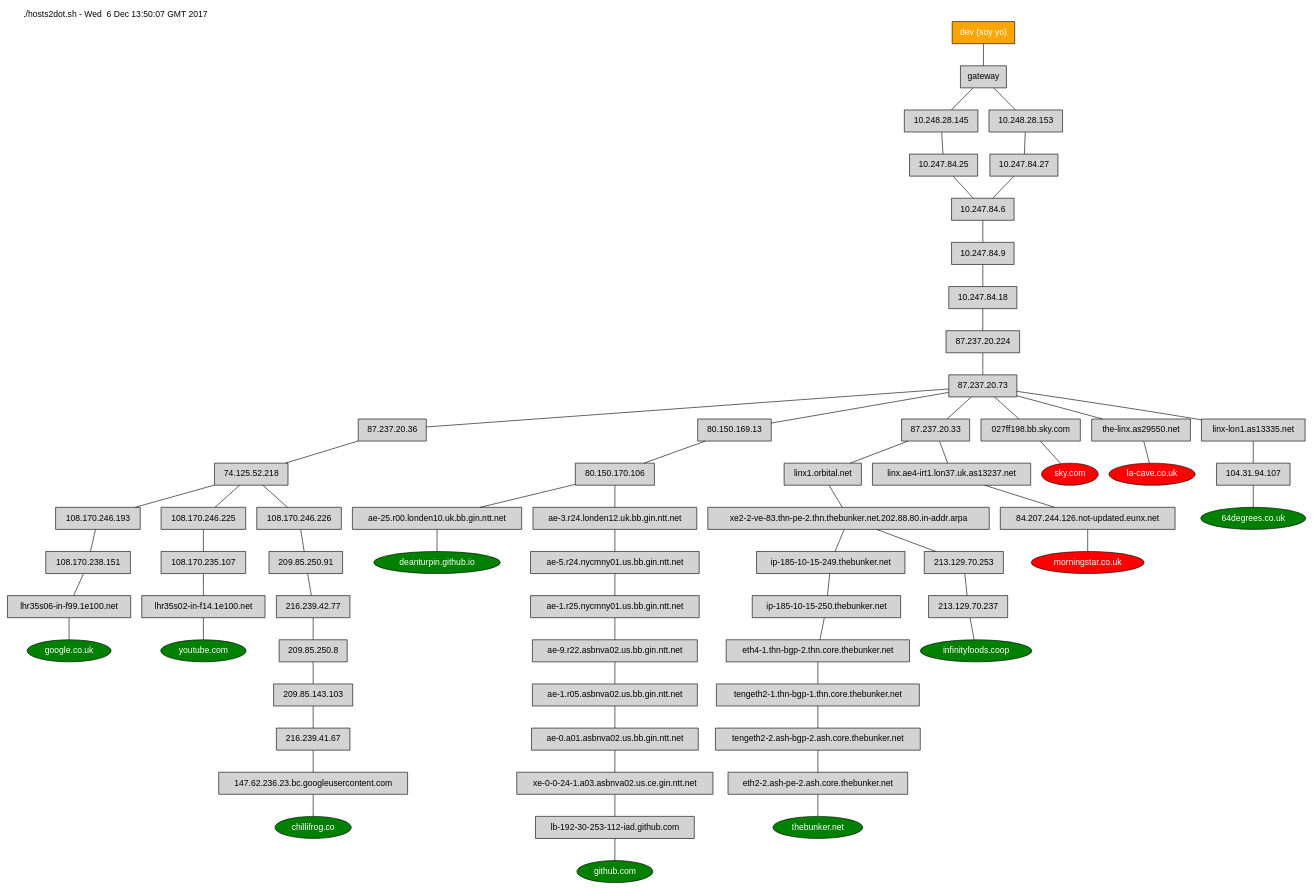
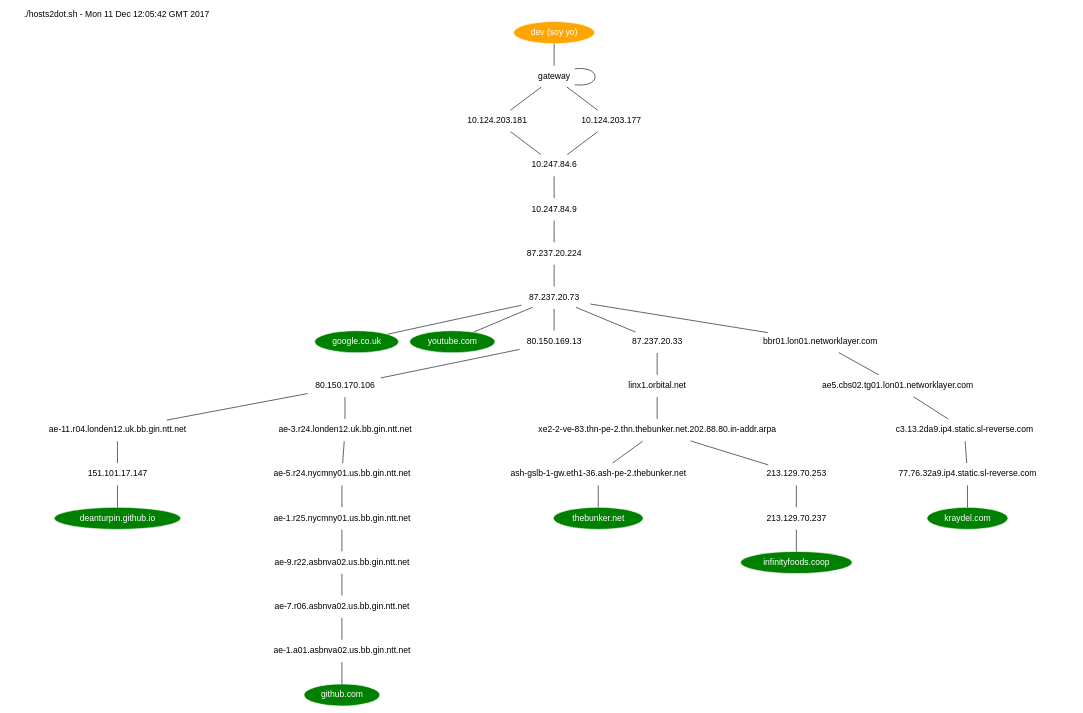
One commit to deanturpin/hosts2dot changed the diagram in example.dot. Above: the diagram before and after it, drawn with Graphviz. The commit also changed 1 other file, not shown here.

Commit message:
White boxes

```diff
--- a/example.dot
+++ b/example.dot
@@ -1,33 +1,22 @@
 strict graph {
-
 fontname=helvetica
-node [shape=rectangle style=filled fontname=helvetica]
+node [style=filled color=white fillcolor=white fontname=helvetica]
 soy_yo [label="dev (soy yo)" fillcolor=orange fontcolor=white]
-graph [label="./hosts2dot.sh - Wed  6 Dec 13:50:07 GMT 2017" labelloc=top labeljust=left]
-
+graph [label="./hosts2dot.sh - Mon 11 Dec 12:05:42 GMT 2017" labelloc=top labeljust=left]
 // hosts
-"google.co.uk" [fillcolor=green shape=oval fontcolor=white]
-"youtube.com" [fillcolor=green shape=oval fontcolor=white]
-"deanturpin.github.io" [fillcolor=green shape=oval fontcolor=white]
-"github.com" [fillcolor=green shape=oval fontcolor=white]
-"thebunker.net" [fillcolor=green shape=oval fontcolor=white]
-"infinityfoods.coop" [fillcolor=green shape=oval fontcolor=white]
-"morningstar.co.uk" [fillcolor=red shape=oval fontcolor=white]
-"sky.com" [fillcolor=red shape=oval fontcolor=white]
-"la-cave.co.uk" [fillcolor=red shape=oval fontcolor=white]
-"64degrees.co.uk" [fillcolor=green shape=oval fontcolor=white]
-"chillifrog.co" [fillcolor=green shape=oval fontcolor=white]
-
+"google.co.uk" [fillcolor=green fontcolor=white]
+"youtube.com" [fillcolor=green fontcolor=white]
+"deanturpin.github.io" [fillcolor=green fontcolor=white]
+"github.com" [fillcolor=green fontcolor=white]
+"thebunker.net" [fillcolor=green fontcolor=white]
+"infinityfoods.coop" [fillcolor=green fontcolor=white]
+"kraydel.com" [fillcolor=green fontcolor=white]
 // routes
-soy_yo--"gateway"--"10.248.28.145"--"10.247.84.25"--"10.247.84.6"--"10.247.84.9"--"10.247.84.18"--"87.237.20.224"--"87.237.20.73"--"87.237.20.36"--"74.125.52.218"--"108.170.246.193"--"108.170.238.151"--"lhr35s06-in-f99.1e100.net"--"google.co.uk"
-soy_yo--"gateway"--"10.248.28.145"--"10.247.84.25"--"10.247.84.6"--"10.247.84.9"--"10.247.84.18"--"87.237.20.224"--"87.237.20.73"--"87.237.20.36"--"74.125.52.218"--"108.170.246.225"--"108.170.235.107"--"lhr35s02-in-f14.1e100.net"--"youtube.com"
-soy_yo--"gateway"--"10.248.28.153"--"10.247.84.27"--"10.247.84.6"--"10.247.84.9"--"10.247.84.18"--"87.237.20.224"--"87.237.20.73"--"80.150.169.13"--"80.150.170.106"--"ae-25.r00.londen10.uk.bb.gin.ntt.net"--"deanturpin.github.io"
-soy_yo--"gateway"--"10.248.28.145"--"10.247.84.25"--"10.247.84.6"--"10.247.84.9"--"10.247.84.18"--"87.237.20.224"--"87.237.20.73"--"80.150.169.13"--"80.150.170.106"--"ae-3.r24.londen12.uk.bb.gin.ntt.net"--"ae-5.r24.nycmny01.us.bb.gin.ntt.net"--"ae-1.r25.nycmny01.us.bb.gin.ntt.net"--"ae-9.r22.asbnva02.us.bb.gin.ntt.net"--"ae-1.r05.asbnva02.us.bb.gin.ntt.net"--"ae-0.a01.asbnva02.us.bb.gin.ntt.net"--"xe-0-0-24-1.a03.asbnva02.us.ce.gin.ntt.net"--"lb-192-30-253-112-iad.github.com"--"github.com"
-soy_yo--"gateway"--"10.248.28.145"--"10.247.84.25"--"10.247.84.6"--"10.247.84.9"--"10.247.84.18"--"87.237.20.224"--"87.237.20.73"--"87.237.20.33"--"linx1.orbital.net"--"xe2-2-ve-83.thn-pe-2.thn.thebunker.net.202.88.80.in-addr.arpa"--"ip-185-10-15-249.thebunker.net"--"ip-185-10-15-250.thebunker.net"--"eth4-1.thn-bgp-2.thn.core.thebunker.net"--"tengeth2-1.thn-bgp-1.thn.core.thebunker.net"--"tengeth2-2.ash-bgp-2.ash.core.thebunker.net"--"eth2-2.ash-pe-2.ash.core.thebunker.net"--"thebunker.net"
-soy_yo--"gateway"--"10.248.28.145"--"10.247.84.25"--"10.247.84.6"--"10.247.84.9"--"10.247.84.18"--"87.237.20.224"--"87.237.20.73"--"87.237.20.33"--"linx1.orbital.net"--"xe2-2-ve-83.thn-pe-2.thn.thebunker.net.202.88.80.in-addr.arpa"--"213.129.70.253"--"213.129.70.237"--"infinityfoods.coop"
-soy_yo--"gateway"--"10.248.28.153"--"10.247.84.27"--"10.247.84.6"--"10.247.84.9"--"10.247.84.18"--"87.237.20.224"--"87.237.20.73"--"87.237.20.33"--"linx.ae4-irt1.lon37.uk.as13237.net"--"84.207.244.126.not-updated.eunx.net"--"morningstar.co.uk"
-soy_yo--"gateway"--"10.248.28.153"--"10.247.84.27"--"10.247.84.6"--"10.247.84.9"--"10.247.84.18"--"87.237.20.224"--"87.237.20.73"--"027ff198.bb.sky.com"--"sky.com"
-soy_yo--"gateway"--"10.248.28.145"--"10.247.84.25"--"10.247.84.6"--"10.247.84.9"--"10.247.84.18"--"87.237.20.224"--"87.237.20.73"--"the-linx.as29550.net"--"la-cave.co.uk"
-soy_yo--"gateway"--"10.248.28.145"--"10.247.84.25"--"10.247.84.6"--"10.247.84.9"--"10.247.84.18"--"87.237.20.224"--"87.237.20.73"--"linx-lon1.as13335.net"--"104.31.94.107"--"64degrees.co.uk"
-soy_yo--"gateway"--"10.248.28.153"--"10.247.84.27"--"10.247.84.6"--"10.247.84.9"--"10.247.84.18"--"87.237.20.224"--"87.237.20.73"--"87.237.20.36"--"74.125.52.218"--"108.170.246.226"--"209.85.250.91"--"216.239.42.77"--"209.85.250.8"--"209.85.143.103"--"216.239.41.67"--"147.62.236.23.bc.googleusercontent.com"--"chillifrog.co"
+soy_yo--"gateway"--"gateway"--"10.124.203.181"--"10.247.84.6"--"10.247.84.9"--"87.237.20.224"--"87.237.20.73"--"google.co.uk"
+soy_yo--"gateway"--"gateway"--"10.124.203.177"--"10.247.84.6"--"10.247.84.9"--"87.237.20.224"--"87.237.20.73"--"youtube.com"
+soy_yo--"gateway"--"gateway"--"10.124.203.177"--"10.247.84.6"--"10.247.84.9"--"87.237.20.224"--"87.237.20.73"--"80.150.169.13"--"80.150.170.106"--"ae-11.r04.londen12.uk.bb.gin.ntt.net"--"151.101.17.147"--"deanturpin.github.io"
+soy_yo--"gateway"--"gateway"--"10.124.203.177"--"10.247.84.6"--"10.247.84.9"--"87.237.20.224"--"87.237.20.73"--"80.150.169.13"--"80.150.170.106"--"ae-3.r24.londen12.uk.bb.gin.ntt.net"--"ae-5.r24.nycmny01.us.bb.gin.ntt.net"--"ae-1.r25.nycmny01.us.bb.gin.ntt.net"--"ae-9.r22.asbnva02.us.bb.gin.ntt.net"--"ae-7.r06.asbnva02.us.bb.gin.ntt.net"--"ae-1.a01.asbnva02.us.bb.gin.ntt.net"--"github.com"
+soy_yo--"gateway"--"gateway"--"10.124.203.181"--"10.247.84.6"--"10.247.84.9"--"87.237.20.224"--"87.237.20.73"--"87.237.20.33"--"linx1.orbital.net"--"xe2-2-ve-83.thn-pe-2.thn.thebunker.net.202.88.80.in-addr.arpa"--"ash-gslb-1-gw.eth1-36.ash-pe-2.thebunker.net"--"thebunker.net"
+soy_yo--"gateway"--"gateway"--"10.124.203.181"--"10.247.84.6"--"10.247.84.9"--"87.237.20.224"--"87.237.20.73"--"87.237.20.33"--"linx1.orbital.net"--"xe2-2-ve-83.thn-pe-2.thn.thebunker.net.202.88.80.in-addr.arpa"--"213.129.70.253"--"213.129.70.237"--"infinityfoods.coop"
+soy_yo--"gateway"--"gateway"--"10.124.203.177"--"10.247.84.6"--"10.247.84.9"--"87.237.20.224"--"87.237.20.73"--"bbr01.lon01.networklayer.com"--"ae5.cbs02.tg01.lon01.networklayer.com"--"c3.13.2da9.ip4.static.sl-reverse.com"--"77.76.32a9.ip4.static.sl-reverse.com"--"kraydel.com"
 }
```
